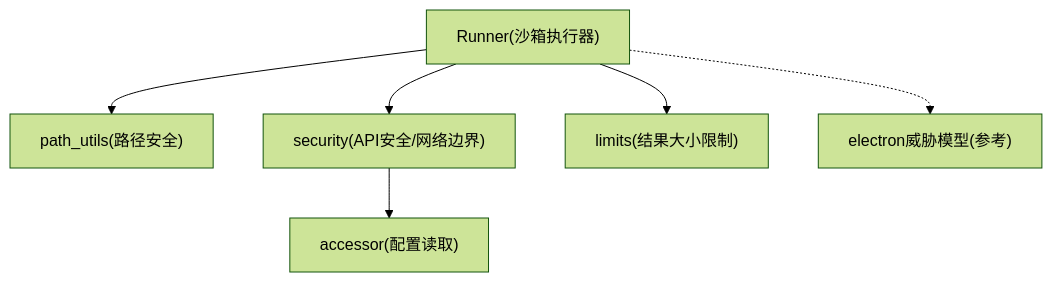
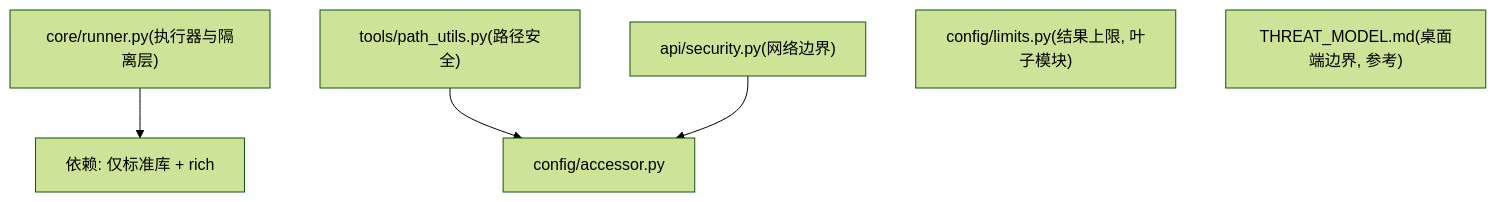
One commit to hjfire/vibe-trading-fw changed the first of 7 diagrams in repowiki/topics/安全与治理/沙箱机制.md. Above: the diagram before and after it, drawn with Mermaid (forest theme). The commit also changed other lines of this file and 5 other files, not shown here.

````diff
--- a/repowiki/topics/安全与治理/沙箱机制.md
+++ b/repowiki/topics/安全与治理/沙箱机制.md
@@ -63,8 +71,8 @@
 ```mermaid
 graph TB
-A["Runner(沙箱执行器)"] --> B["path_utils(路径安全)"]
-A --> C["security(API安全/网络边界)"]
-A --> D["limits(结果大小限制)"]
-C --> E["accessor(配置读取)"]
-A -.-> F["electron威胁模型(参考)"]
+A["core/runner.py(执行器与隔离层)"] --> B["依赖: 仅标准库 + rich"]
+C["tools/path_utils.py(路径安全)"] --> F["config/accessor.py"]
+D["api/security.py(网络边界)"] --> F
+E["config/limits.py(结果上限, 叶子模块)"]
+G["THREAT_MODEL.md(桌面端边界, 参考)"]
 ```
````
